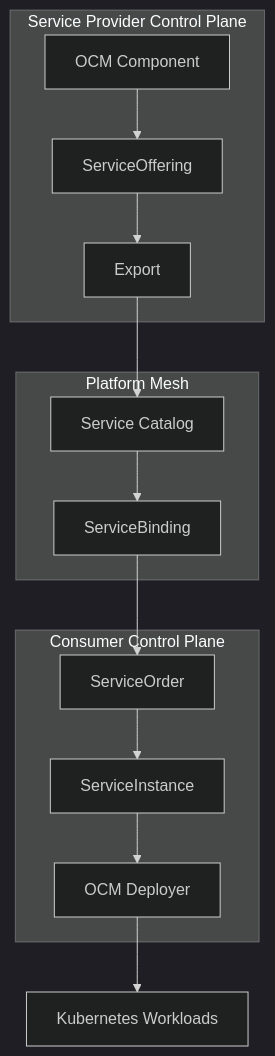
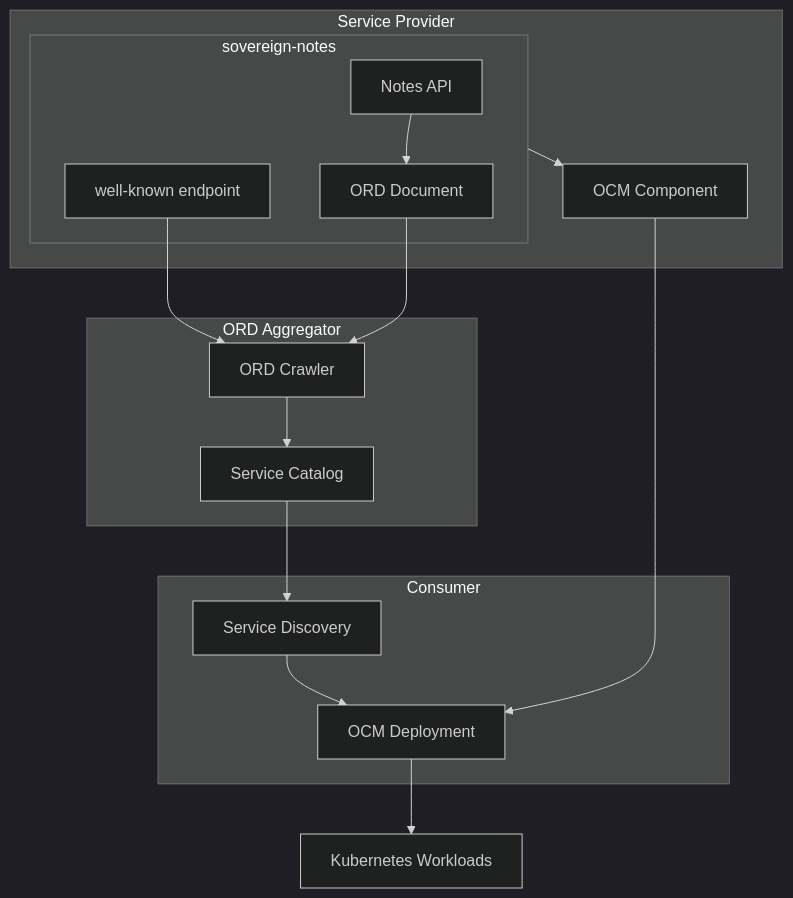
One commit to open-component-model/open-component-model changed the eighth of 10 diagrams in docs/adr/0013_sovereign_cloud_reference_scenario.md. Above: the diagram before and after it, drawn with Mermaid (dark theme). The commit also changed other lines of this file, not shown here.

Commit message:
docs: Extend ADR-0013 with Open Resource Discovery (ORD) integration, endpoints, and metadata details

````diff
--- a/docs/adr/0013_sovereign_cloud_reference_scenario.md
+++ b/docs/adr/0013_sovereign_cloud_reference_scenario.md
@@ -1570,28 +1579,31 @@
 ```mermaid
 flowchart TB
-    subgraph provider["Service Provider Control Plane"]
+    subgraph provider["Service Provider"]
+        subgraph app["sovereign-notes"]
+            api[Notes API]
+            ord_config[well-known endpoint]
+            ord_doc[ORD Document]
+            api --> ord_doc
+        end
         ocm_comp[OCM Component]
-        offering[ServiceOffering]
-        export[Export]
-        ocm_comp --> offering
-        offering --> export
+        app --> ocm_comp
     end
 
-    subgraph mesh["Platform Mesh"]
+    subgraph aggregator["ORD Aggregator"]
+        crawler[ORD Crawler]
         catalog[Service Catalog]
-        binding[ServiceBinding]
-        export --> catalog
-        catalog --> binding
+        ord_config --> crawler
+        ord_doc --> crawler
+        crawler --> catalog
     end
 
-    subgraph consumer["Consumer Control Plane"]
-        order[ServiceOrder]
-        instance[ServiceInstance]
-        deployer[OCM Deployer]
-        binding --> order
-        order --> instance
-        instance --> deployer
+    subgraph consumer["Consumer"]
+        discovery[Service Discovery]
+        deploy[OCM Deployment]
+        catalog --> discovery
+        discovery --> deploy
+        ocm_comp --> deploy
     end
 
-    deployer --> k8s[Kubernetes Workloads]
+    deploy --> k8s[Kubernetes Workloads]
 ```
````
